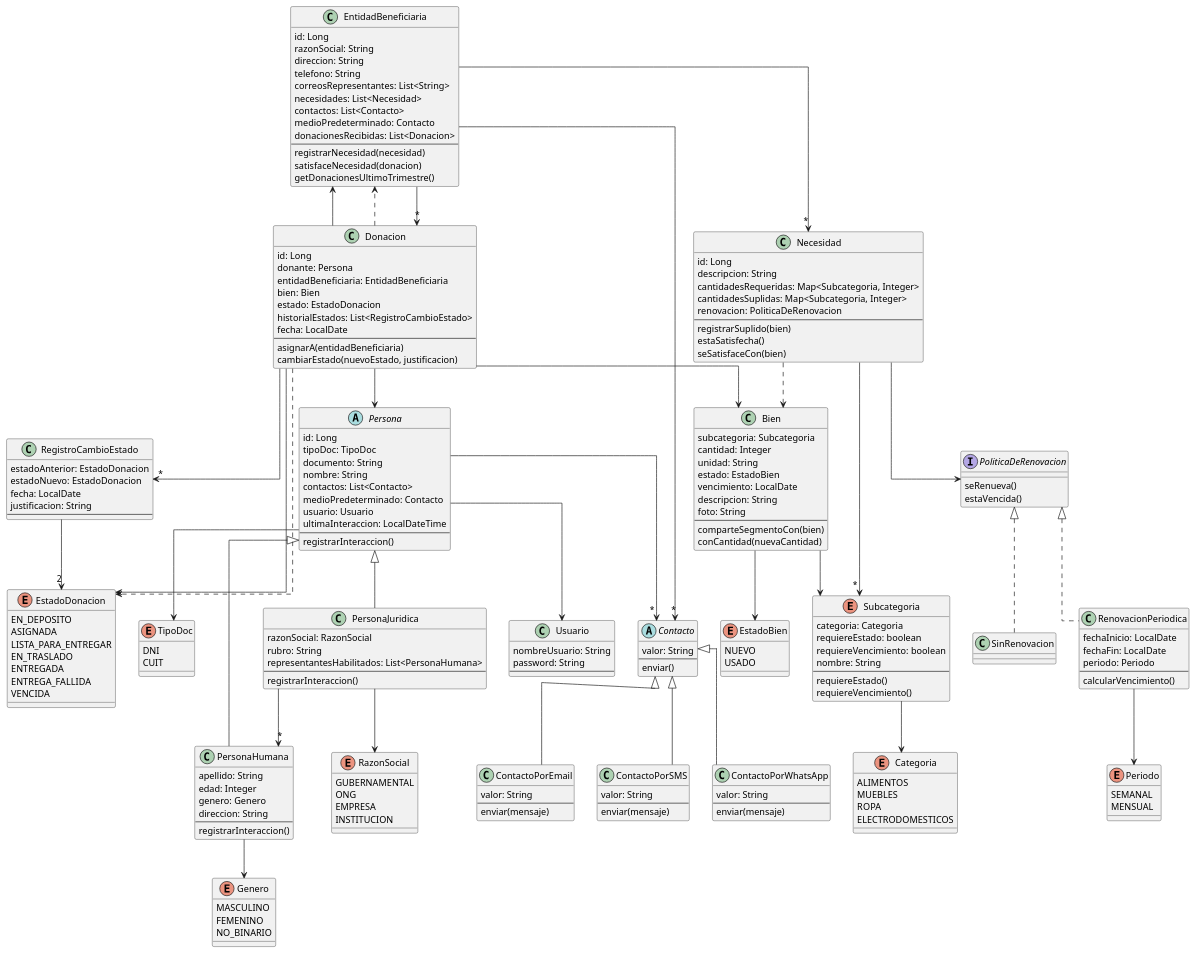
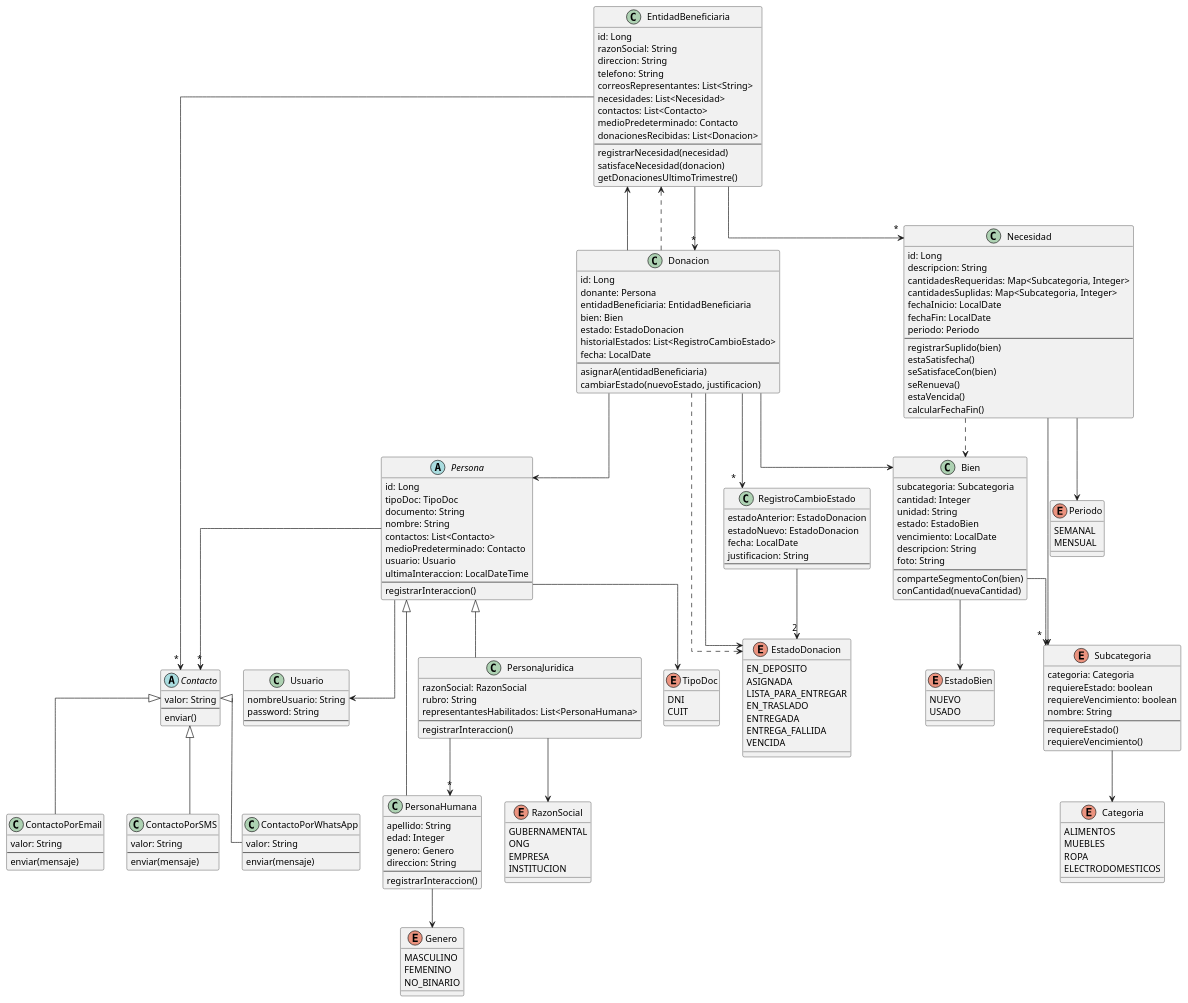
The diagram in documentacion/entrega2_correcciones/donaciones.puml (santiparis/dona-track), drawn with PlantUML before and after one commit. The commit also changed 14 other files, not shown here.

```diff
--- a/documentacion/entrega2_correcciones/donaciones.puml
+++ b/documentacion/entrega2_correcciones/donaciones.puml
@@ -130,26 +130,16 @@
     descripcion: String
     cantidadesRequeridas: Map<Subcategoria, Integer>
     cantidadesSuplidas: Map<Subcategoria, Integer>
-    renovacion: PoliticaDeRenovacion
+    fechaInicio: LocalDate
+    fechaFin: LocalDate
+    periodo: Periodo
     ---
     registrarSuplido(bien)
     estaSatisfecha()
     seSatisfaceCon(bien)
-}
-
-interface PoliticaDeRenovacion {
     seRenueva()
     estaVencida()
-}
-
-class SinRenovacion 
-
-class RenovacionPeriodica {
-    fechaInicio: LocalDate
-    fechaFin: LocalDate
-    periodo: Periodo
-    ---
-    calcularVencimiento()
+    calcularFechaFin()
 }
 
 enum Periodo {
@@ -208,13 +198,8 @@
 Subcategoria --> Categoria
 
 Necesidad --> "*" Subcategoria
-Necesidad --> PoliticaDeRenovacion
+Necesidad --> Periodo
 Necesidad ..> Bien
-
-SinRenovacion .up.|> PoliticaDeRenovacion
-RenovacionPeriodica .up.|> PoliticaDeRenovacion
-
-RenovacionPeriodica --> Periodo
 
 EntidadBeneficiaria --> "*" Necesidad
 EntidadBeneficiaria --> "*" Donacion
```
